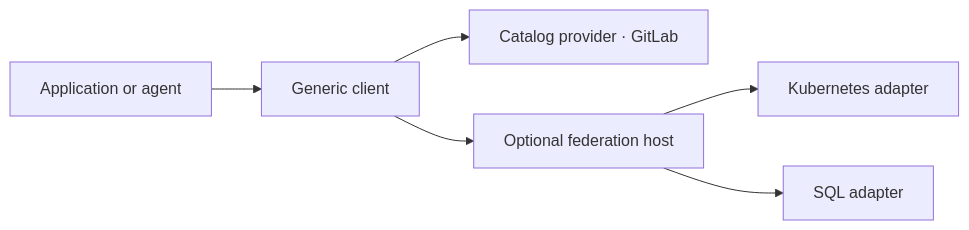
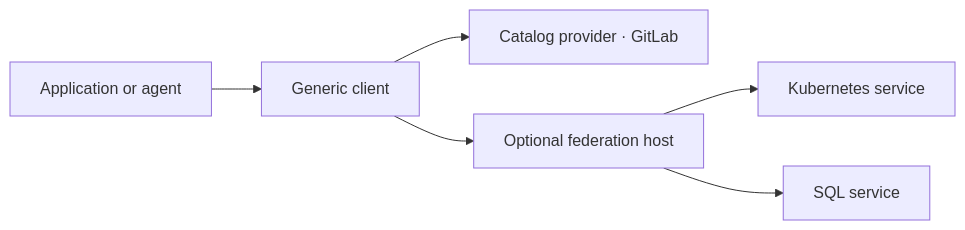
Before and after one commit to beyond10x/connectors: the diagram in README.md, drawn with Mermaid. The commit also changed other lines of this file and 58 other files, not shown here.

````diff
--- a/README.md
+++ b/README.md
@@ -17,8 +19,8 @@
 ```mermaid
 flowchart LR
     app[Application or agent] --> client[Generic client]
     client --> catalog[Catalog provider · GitLab]
     client --> host[Optional federation host]
-    host --> kube[Kubernetes adapter]
-    host --> sql[SQL adapter]
+    host --> kube[Kubernetes service]
+    host --> sql[SQL service]
 ```
````
